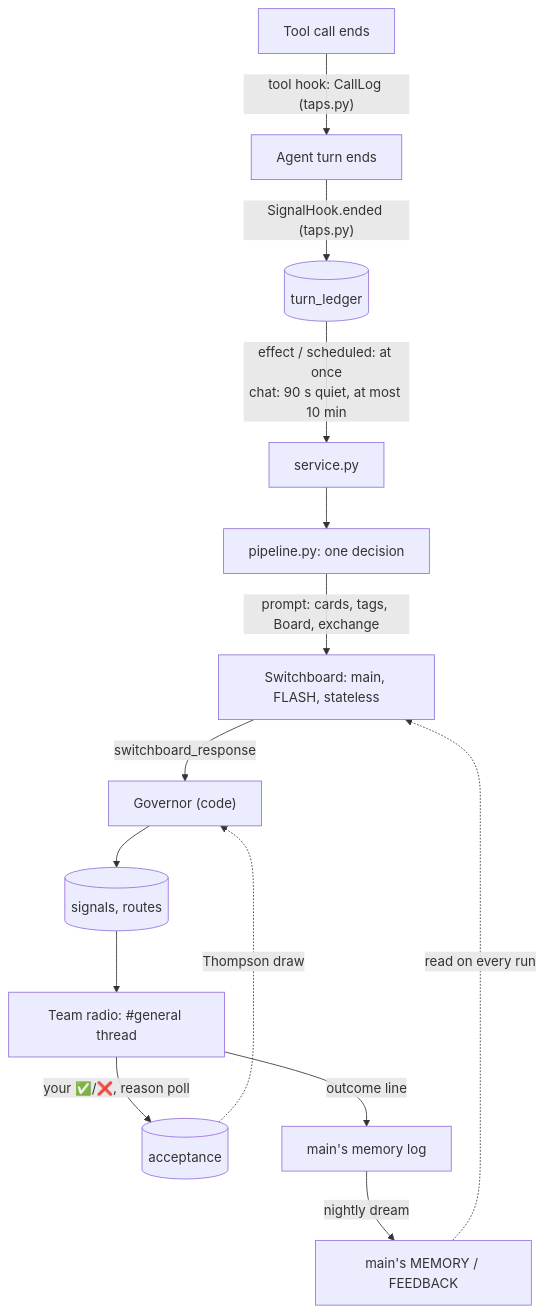
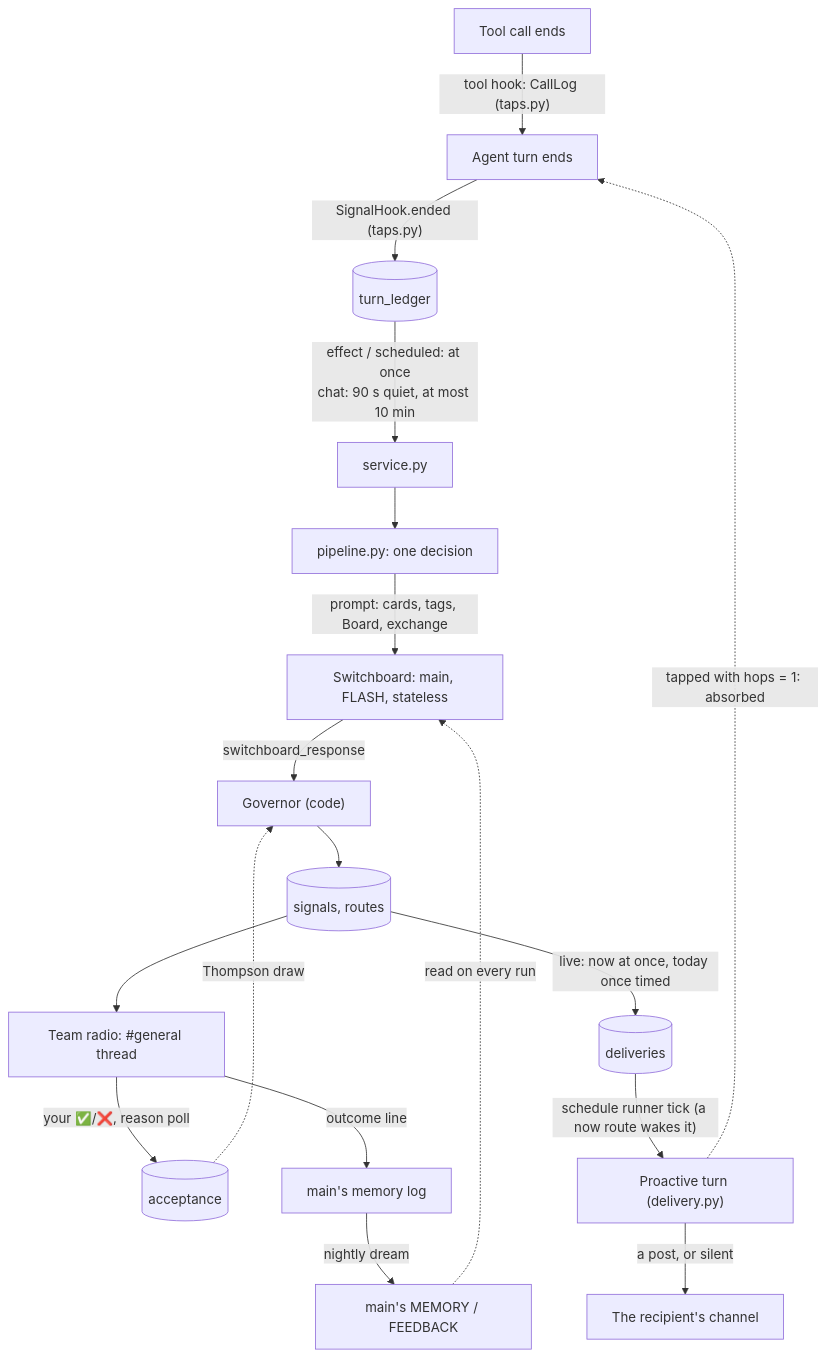
One commit to cheungyang/aoc changed the diagram in core/proactive/README.md. Above: the diagram before and after it, drawn with Mermaid. The commit also changed other lines of this file and 31 other files, not shown here.

````diff
--- a/core/proactive/README.md
+++ b/core/proactive/README.md
@@ -26,16 +26,20 @@
 ```mermaid
 flowchart TD
     C["Tool call ends"] -->|"tool hook: CallLog (taps.py)"| T["Agent turn ends"]
     T -->|"SignalHook.ended (taps.py)"| L[("turn_ledger")]
     L -->|"effect / scheduled: at once<br/>chat: 90 s quiet, at most 10 min"| S["service.py"]
     S --> P["pipeline.py: one decision"]
     P -->|"prompt: cards, tags, Board, exchange"| SB["Switchboard: main, FLASH, stateless"]
     SB -->|"switchboard_response"| G["Governor (code)"]
     G --> B[("signals, routes")]
     B --> R["Team radio: #general thread"]
     R -->|"your ✅/❌, reason poll"| A[("acceptance")]
     R -->|"outcome line"| M["main's memory log"]
     M -->|"nightly dream"| F["main's MEMORY / FEEDBACK"]
     F -.->|"read on every run"| SB
     A -.->|"Thompson draw"| G
+    B -->|"live: now at once, today once timed"| D[("deliveries")]
+    D -->|"schedule runner tick (a now route wakes it)"| PT["Proactive turn (delivery.py)"]
+    PT -->|"a post, or silent"| CH["The recipient's channel"]
+    PT -.->|"tapped with hops = 1: absorbed"| T
 ```
````
